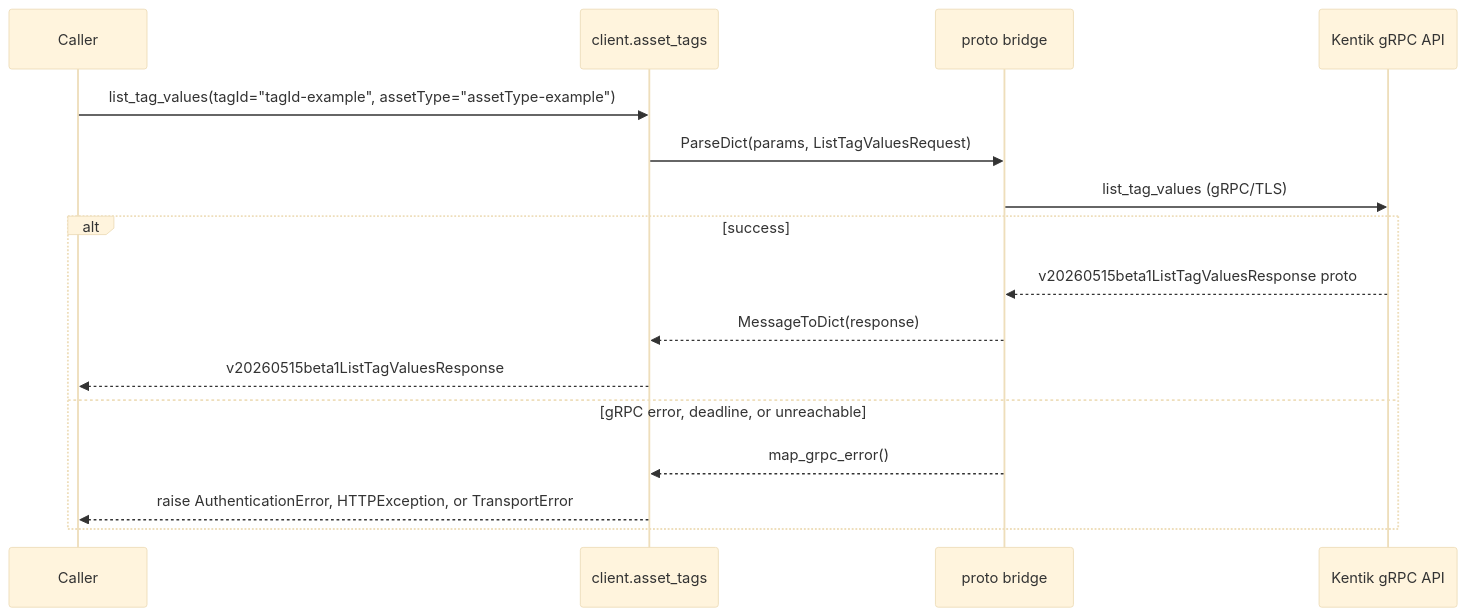
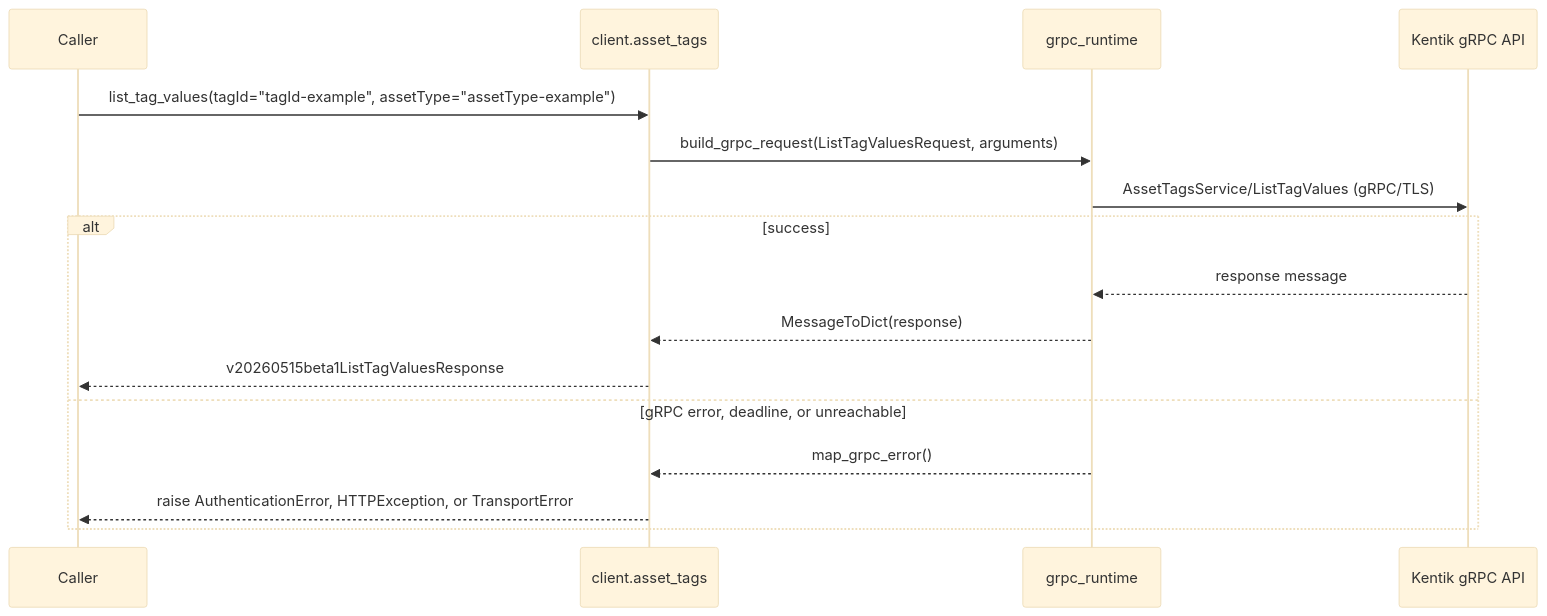
One commit to alexdearaujo/community_sdk_python changed diagram 15 of 20 in docs/sphinx/services/asset_tags.md. Above: the diagram before and after it, drawn with Mermaid (base theme). The commit also changed other lines of this file and 37 other files, not shown here.

First line of the commit message:
docs: show the real RPC in each service page's gRPC diagram

````diff
--- a/docs/sphinx/services/asset_tags.md
+++ b/docs/sphinx/services/asset_tags.md
@@ -511,19 +511,19 @@
 ```mermaid
 sequenceDiagram
     participant C as Caller
     participant W as client.asset_tags
-    participant B as proto bridge
+    participant R as grpc_runtime
     participant API as Kentik gRPC API
 
     C->>W: list_tag_values(tagId="tagId-example", assetType="assetType-example")
-    W->>B: ParseDict(params, ListTagValuesRequest)
-    B->>API: list_tag_values (gRPC/TLS)
+    W->>R: build_grpc_request(ListTagValuesRequest, arguments)
+    R->>API: AssetTagsService/ListTagValues (gRPC/TLS)
     alt success
-        API-->>B: v20260515beta1ListTagValuesResponse proto
-        B-->>W: MessageToDict(response)
+        API-->>R: response message
+        R-->>W: MessageToDict(response)
         W-->>C: v20260515beta1ListTagValuesResponse
     else gRPC error, deadline, or unreachable
-        B-->>W: map_grpc_error()
+        R-->>W: map_grpc_error()
         W-->>C: raise AuthenticationError, HTTPException, or TransportError
     end
 ```
````
